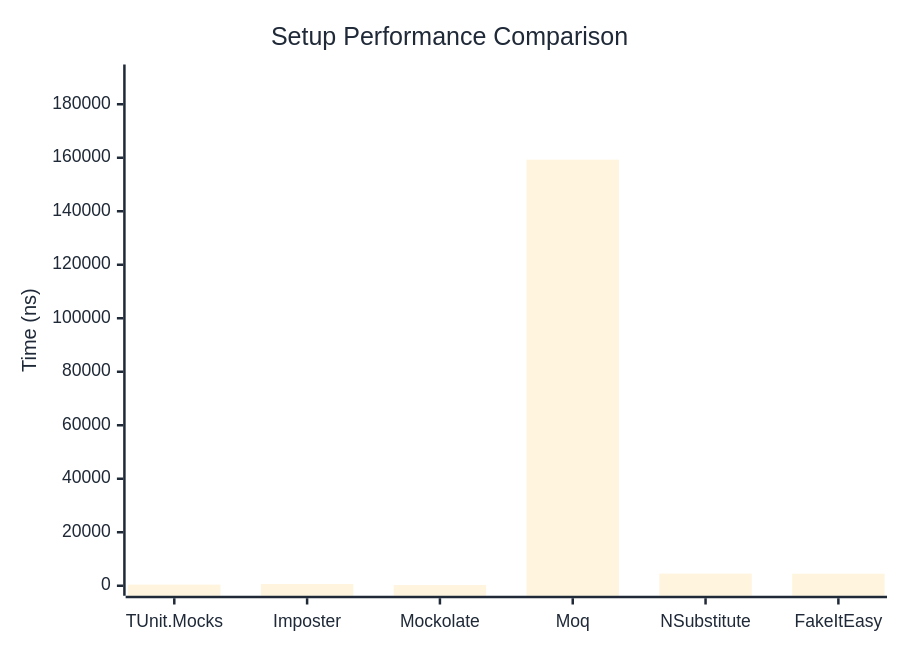
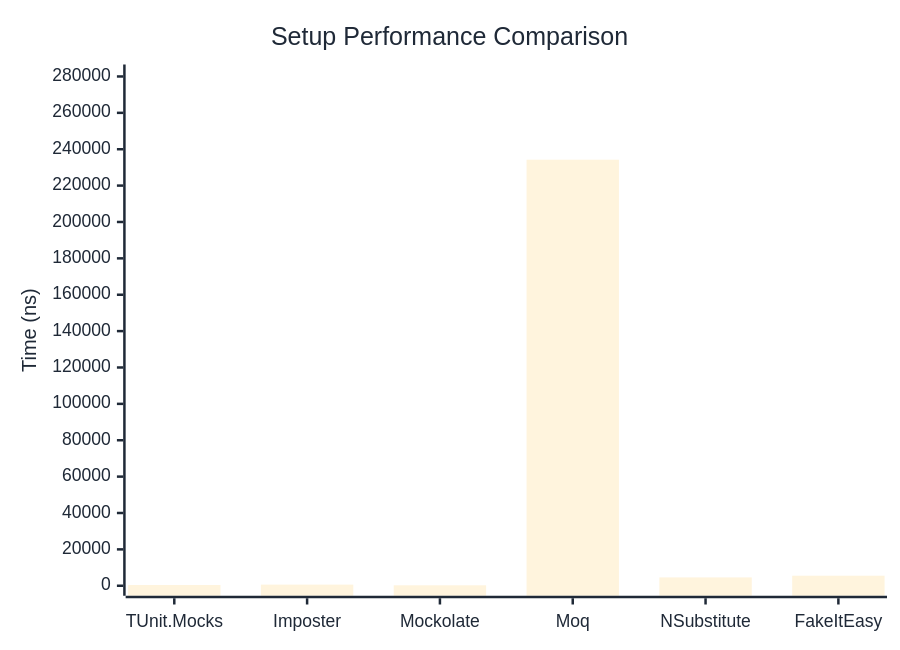
One commit to thomhurst/TUnit changed the first of 2 diagrams in docs/docs/benchmarks/mocks/Setup.md. Above: the diagram before and after it, drawn with Mermaid. The commit also changed other lines of this file and 14 other files, not shown here.

````diff
--- a/docs/docs/benchmarks/mocks/Setup.md
+++ b/docs/docs/benchmarks/mocks/Setup.md
@@ -30,27 +30,27 @@
 ```mermaid
 %%{init: {
   'theme':'base',
   'themeVariables': {
     'primaryColor': '#2563eb',
     'primaryTextColor': '#1f2937',
     'primaryBorderColor': '#1e40af',
     'lineColor': '#6b7280',
     'secondaryColor': '#7c3aed',
     'tertiaryColor': '#dc2626',
     'background': '#ffffff',
     'pie1': '#2563eb',
     'pie2': '#7c3aed',
     'pie3': '#dc2626',
     'pie4': '#f59e0b',
     'pie5': '#10b981',
     'pie6': '#06b6d4',
     'pie7': '#ec4899',
     'pie8': '#6366f1'
   }
 }}%%
 xychart-beta
   title "Setup Performance Comparison"
   x-axis ["TUnit.Mocks", "Imposter", "Mockolate", "Moq", "NSubstitute", "FakeItEasy"]
-  y-axis "Time (ns)" 0 --> 191123
-  bar [428, 631.9, 247.7, 159268.4, 4525.9, 4487.9]
+  y-axis "Time (ns)" 0 --> 281081
+  bar [426.3, 617.9, 251.5, 234233.4, 4587.9, 5523.2]
 ```
````
